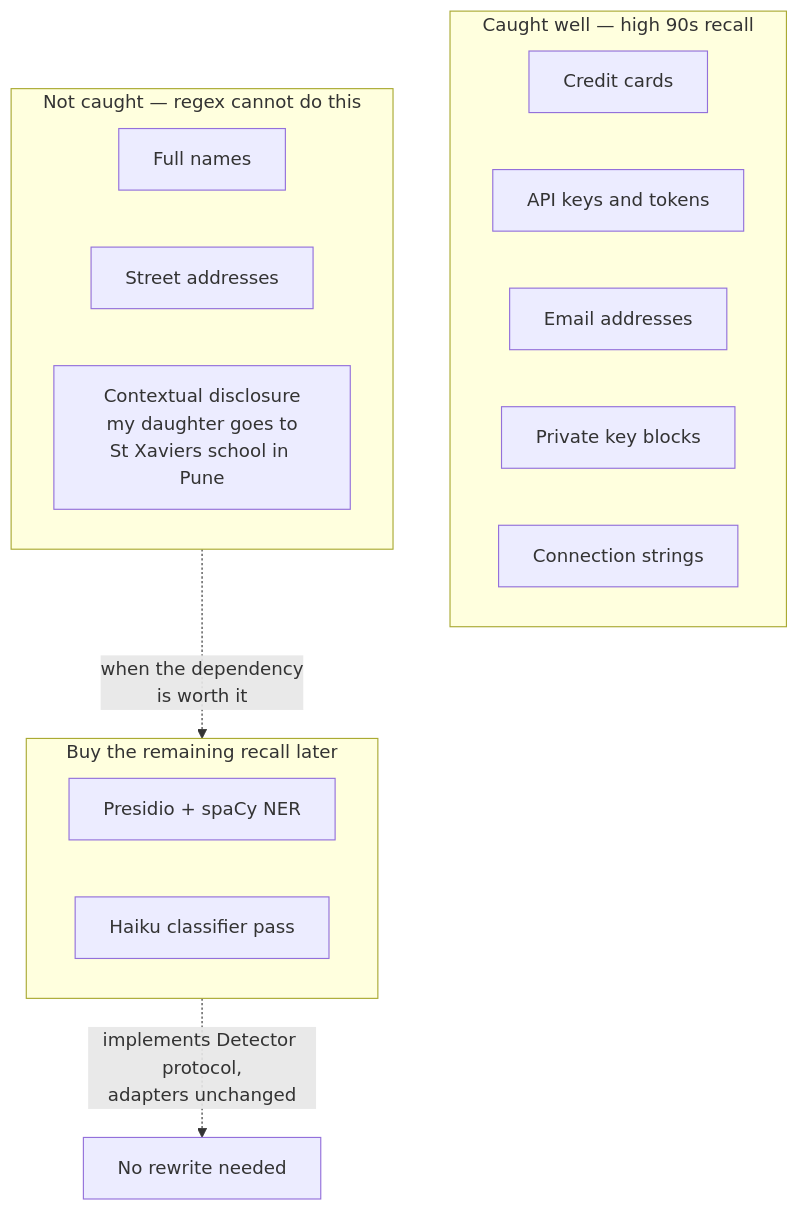
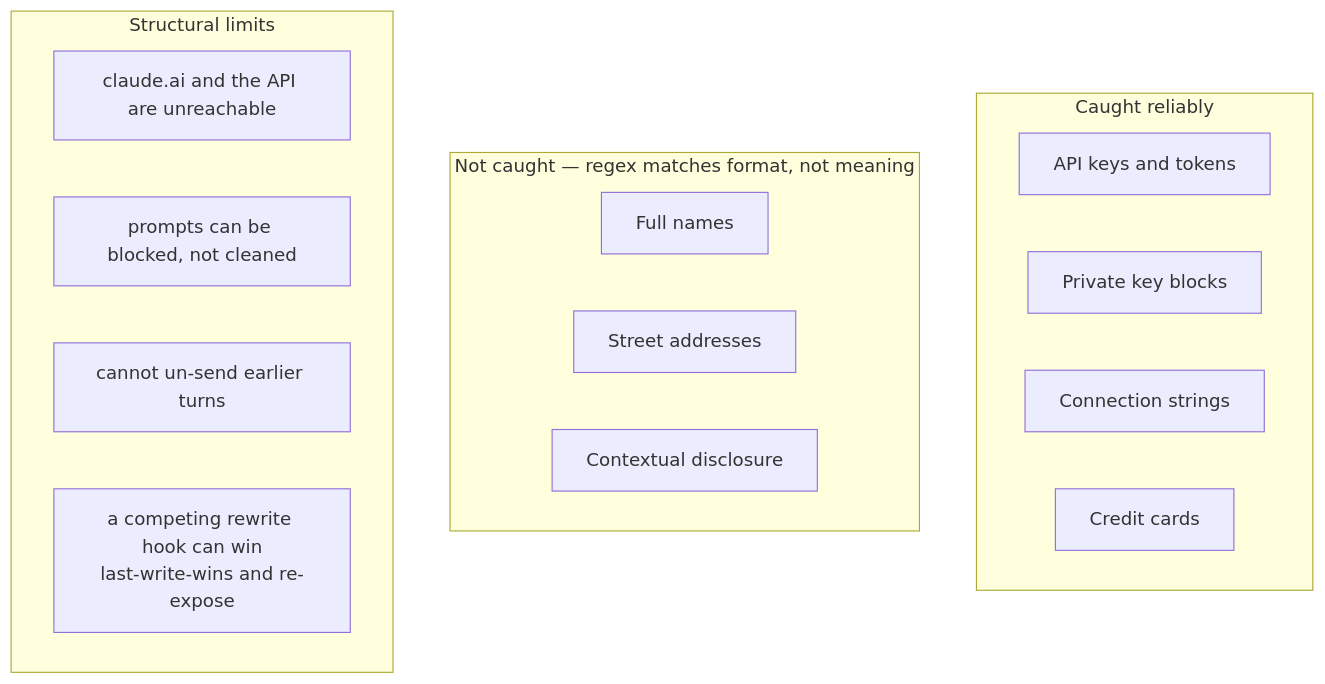
Diagram 13 of 13 in docs/WORKFLOW.md (swinalkm/PIIGuardrail), drawn with Mermaid before and after one commit. The commit also changed other lines of this file and 11 other files, not shown here.

````diff
--- a/docs/WORKFLOW.md
+++ b/docs/WORKFLOW.md
@@ -506,24 +394,20 @@
 ```mermaid
 flowchart TB
-    subgraph IN_SCOPE["Caught well — high 90s recall"]
-        I1["Credit cards"]
-        I2["API keys and tokens"]
-        I3["Email addresses"]
-        I4["Private key blocks"]
-        I5["Connection strings"]
+    subgraph GOOD["Caught reliably"]
+        G1["API keys and tokens"]
+        G2["Private key blocks"]
+        G3["Connection strings"]
+        G4["Credit cards"]
     end
-
-    subgraph OUT_SCOPE["Not caught — regex cannot do this"]
-        O1["Full names"]
-        O2["Street addresses"]
-        O3["Contextual disclosure<br/>my daughter goes to<br/>St Xaviers school in Pune"]
+    subgraph BAD["Not caught — regex matches format, not meaning"]
+        B1["Full names"]
+        B2["Street addresses"]
+        B3["Contextual disclosure"]
     end
-
-    subgraph LATER["Buy the remaining recall later"]
-        L1["Presidio + spaCy NER"]
-        L2["Haiku classifier pass"]
+    subgraph STRUCT["Structural limits"]
+        S1["claude.ai and the API are unreachable"]
+        S2["prompts can be blocked, not cleaned"]
+        S3["cannot un-send earlier turns"]
+        S4["a competing rewrite hook can win<br/>last-write-wins and re-expose"]
     end
-
-    OUT_SCOPE -.->|"when the dependency<br/>is worth it"| LATER
-    LATER -.->|"implements Detector protocol,<br/>adapters unchanged"| DONE["No rewrite needed"]
 ```
````
